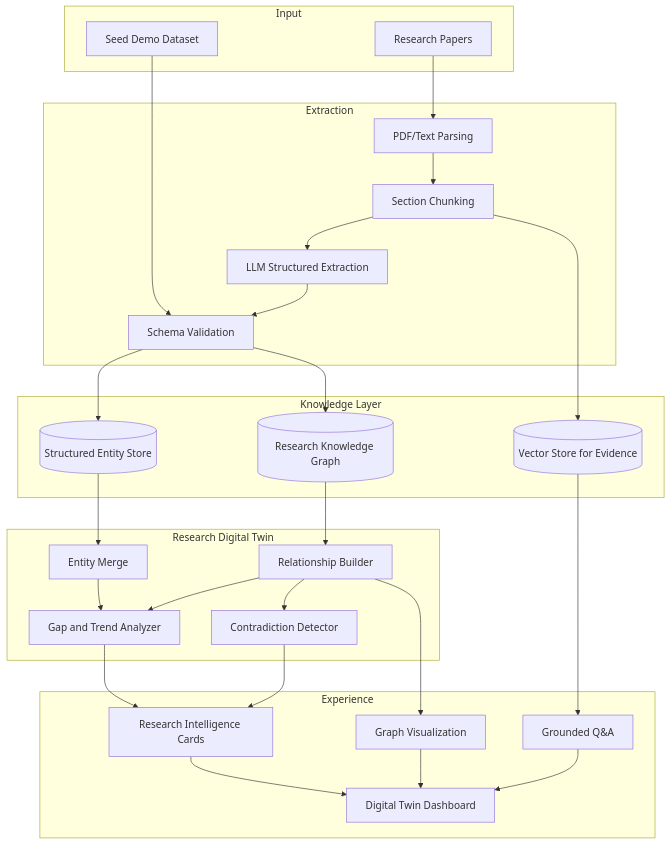
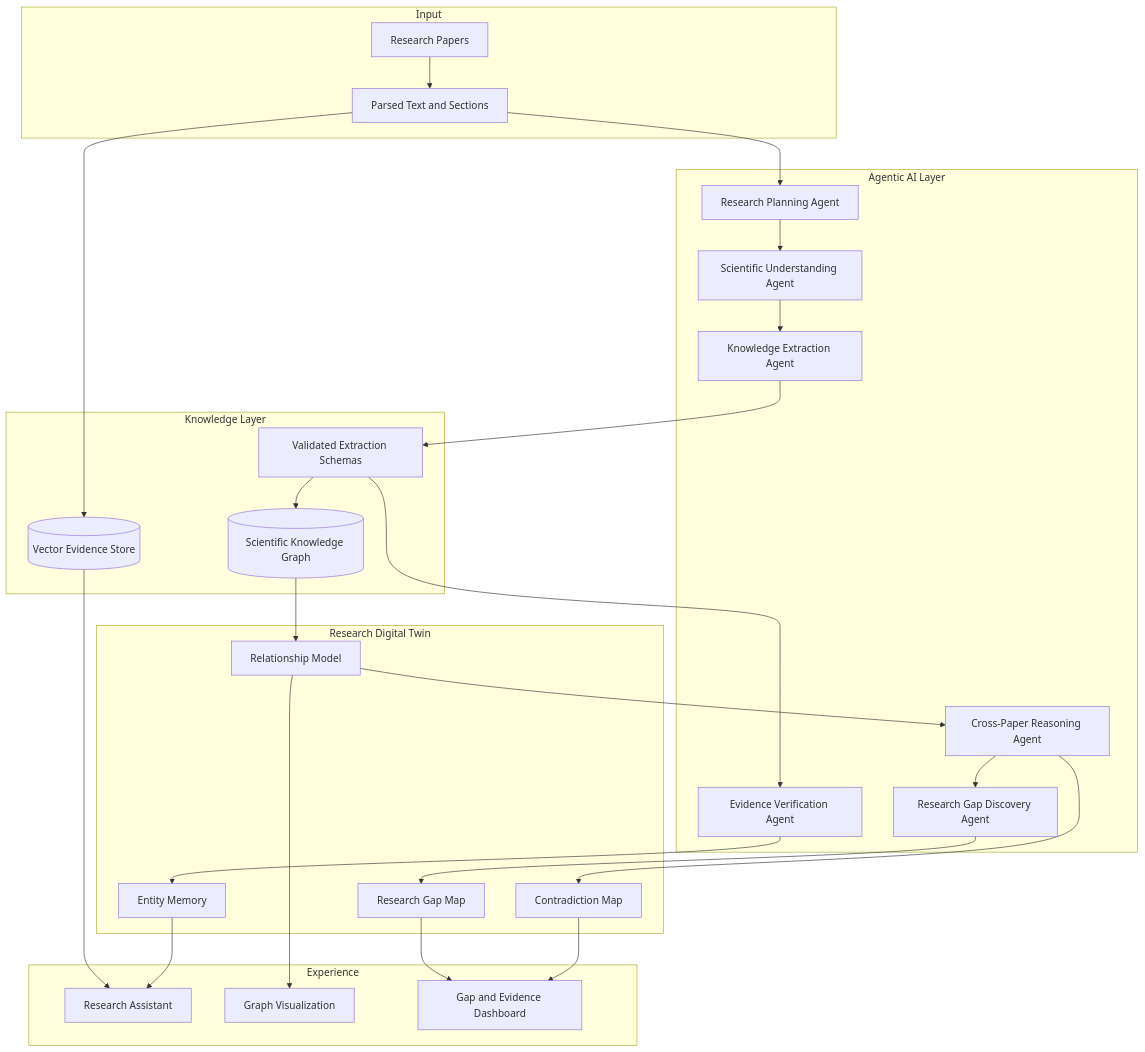
Before and after one commit to farahalmujaljel/Burhan: the second of 3 diagrams in docs/FARQ_EXECUTION_PROPOSAL.md, drawn with Mermaid. The commit also changed other lines of this file and 9 other files, not shown here.

First line of the commit message:
Add comprehensive documentation for Burhan's architecture, methodology, and competitive analysis

````diff
--- a/docs/FARQ_EXECUTION_PROPOSAL.md
+++ b/docs/FARQ_EXECUTION_PROPOSAL.md
@@ -280,53 +108,53 @@
 ```mermaid
 flowchart TB
     subgraph Input
         A[Research Papers]
-        A2[Seed Demo Dataset]
+        B[Parsed Text and Sections]
     end
 
-    subgraph Extraction
-        B[PDF/Text Parsing]
-        C[Section Chunking]
-        D[LLM Structured Extraction]
-        E[Schema Validation]
+    subgraph AgenticLayer[Agentic AI Layer]
+        C[Research Planning Agent]
+        D[Scientific Understanding Agent]
+        E[Knowledge Extraction Agent]
+        F[Evidence Verification Agent]
+        G[Cross-Paper Reasoning Agent]
+        H[Research Gap Discovery Agent]
     end
 
     subgraph KnowledgeLayer[Knowledge Layer]
-        F[(Structured Entity Store)]
-        G[(Research Knowledge Graph)]
-        H[(Vector Store for Evidence)]
+        I[(Scientific Knowledge Graph)]
+        J[(Vector Evidence Store)]
+        K[Validated Extraction Schemas]
     end
 
-    subgraph Twin[Research Digital Twin]
-        I[Entity Merge]
-        J[Relationship Builder]
-        K[Gap and Trend Analyzer]
-        L[Contradiction Detector]
+    subgraph TwinLayer[Research Digital Twin]
+        L[Entity Memory]
+        M[Relationship Model]
+        N[Contradiction Map]
+        O[Research Gap Map]
     end
 
     subgraph Experience
-        M[Digital Twin Dashboard]
-        N[Graph Visualization]
-        O[Research Intelligence Cards]
-        P[Grounded Q&A]
+        P[Research Assistant]
+        Q[Graph Visualization]
+        R[Gap and Evidence Dashboard]
     end
 
     A --> B
-    A2 --> E
     B --> C --> D --> E
-    E --> F
-    E --> G
-    C --> H
-    F --> I
-    G --> J
-    H --> P
-    I --> K
-    J --> K
-    J --> L
-    K --> O
-    L --> O
-    J --> N
-    O --> M
-    N --> M
-    P --> M
+    E --> K
+    K --> I
+    B --> J
+    K --> F
+    F --> L
+    I --> M
+    M --> G
+    G --> N
+    G --> H
+    H --> O
+    L --> P
+    M --> Q
+    N --> R
+    O --> R
+    J --> P
 ```
````
